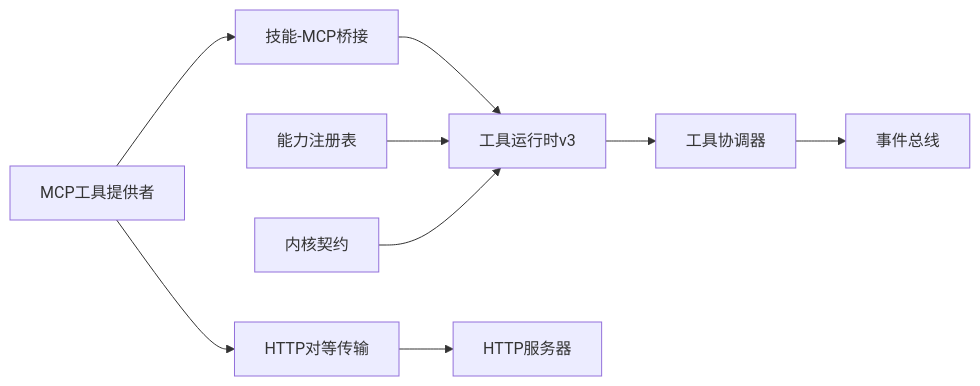
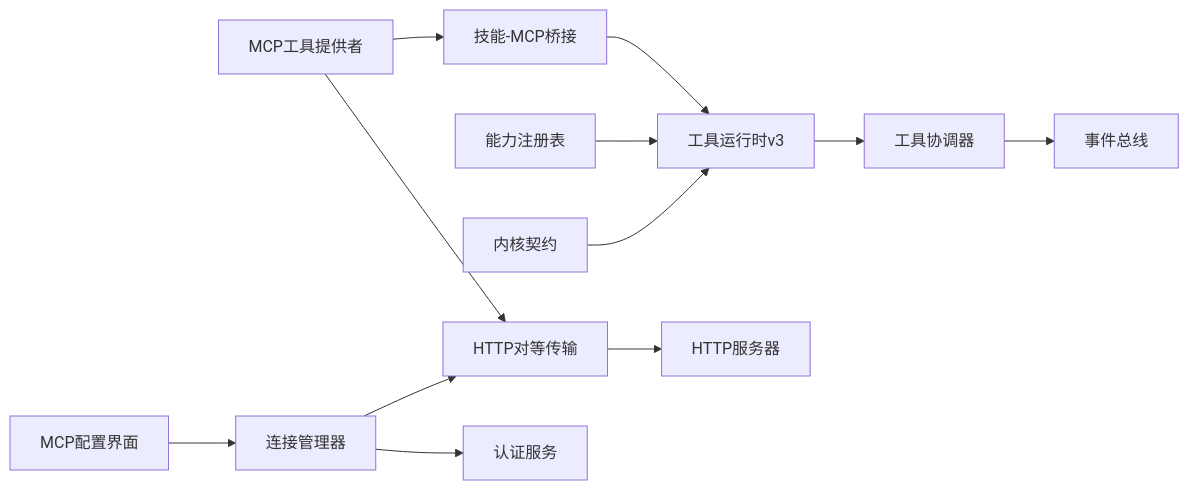
One commit to kkutysllb/KCoder changed diagram 11 of 11 in .qoder/repowiki/zh/content/适配器层/MCP工具适配器.md. Above: the diagram before and after it, drawn with Mermaid. The commit also changed other lines of this file and 11 other files, not shown here.

````diff
--- a/.qoder/repowiki/zh/content/适配器层/MCP工具适配器.md
+++ b/.qoder/repowiki/zh/content/适配器层/MCP工具适配器.md
@@ -343,11 +430,14 @@
 ```mermaid
 graph LR
 Provider["MCP工具提供者"] --> Bridge["技能-MCP桥接"]
 Bridge --> Runtime["工具运行时v3"]
 Runtime --> Coordinator["工具协调器"]
 Coordinator --> EventBus["事件总线"]
 Provider --> Transport["HTTP对等传输"]
 Transport --> Server["HTTP服务器"]
 Registry["能力注册表"] --> Runtime
 Contracts["内核契约"] --> Runtime
+ConfigUI["MCP配置界面"] --> ConnMgr["连接管理器"]
+ConnMgr --> Auth["认证服务"]
+ConnMgr --> Transport
 ```
````
